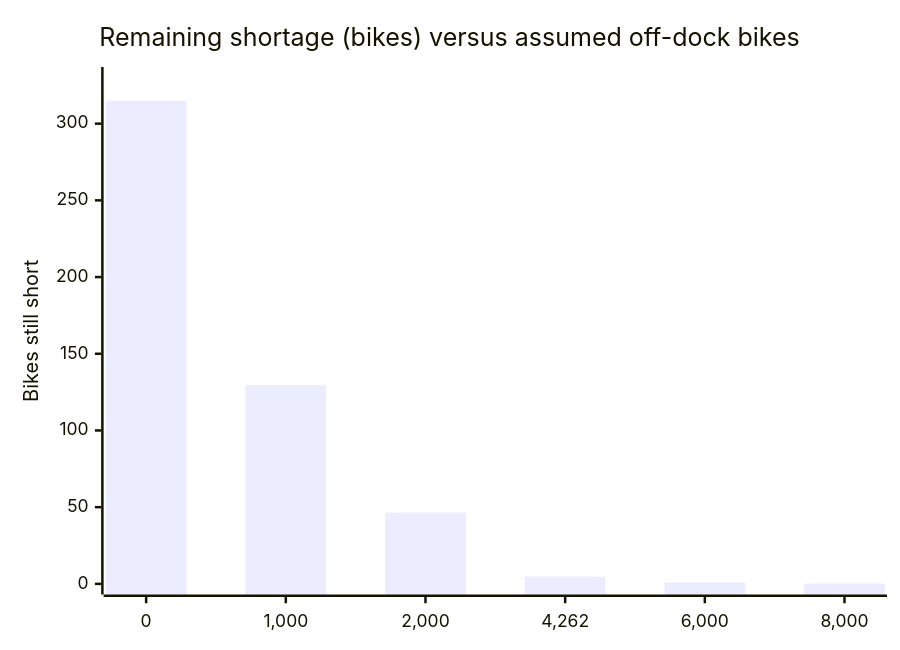
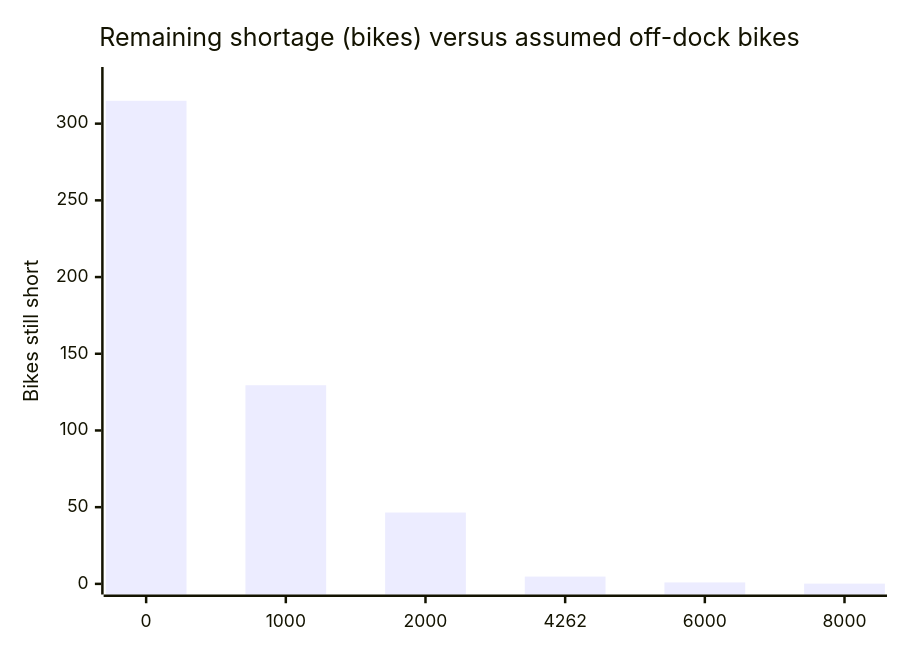
The fourth of 7 diagrams in README.md (jiarong0423/unseen-bikes-dispatch), drawn with Mermaid before and after one commit. The commit also changed other lines of this file and 12 other files, not shown here.

````diff
--- a/README.md
+++ b/README.md
@@ -126,7 +127,7 @@
 ```mermaid
 xychart-beta
     title "Remaining shortage (bikes) versus assumed off-dock bikes"
-    x-axis ["0", "1,000", "2,000", "4,262", "6,000", "8,000"]
+    x-axis ["0", "1000", "2000", "4262", "6000", "8000"]
     y-axis "Bikes still short" 0 --> 330
     bar [314.9, 129.5, 46.5, 4.75, 0.93, 0.16]
 ```
````
